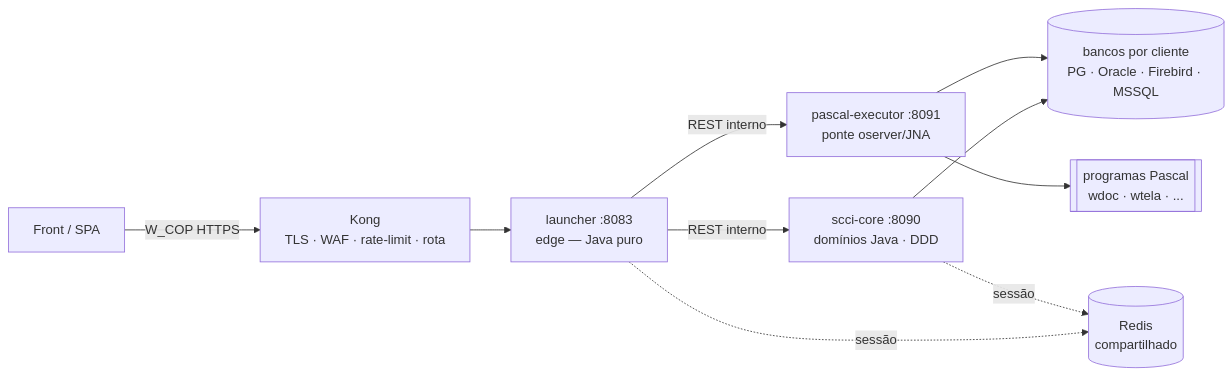
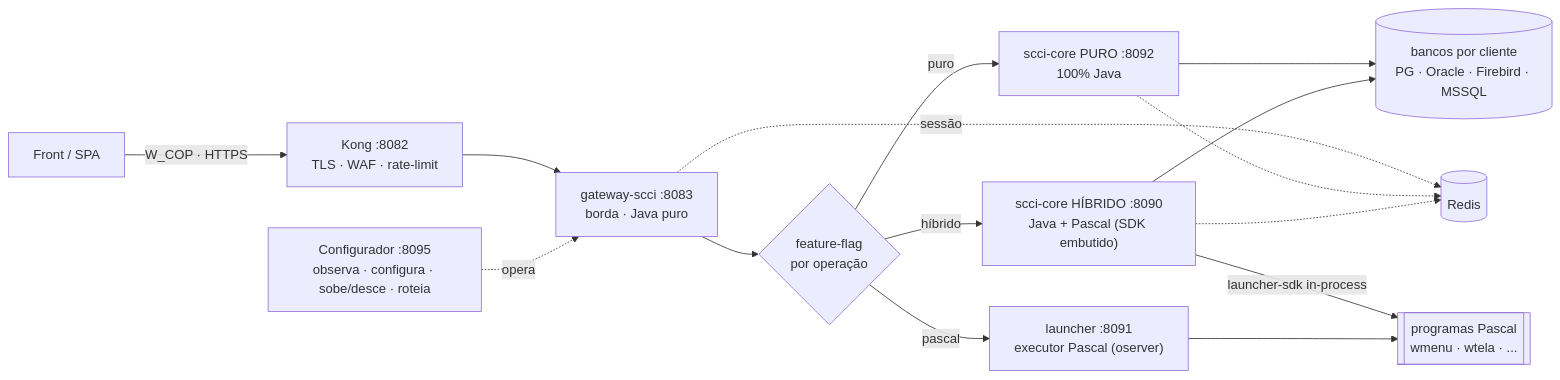
One commit to jdeveloperweb/launcher changed the first of 4 diagrams in README.md. Above: the diagram before and after it, drawn with Mermaid. The commit also changed other lines of this file, not shown here.

Commit message:
refactor: Update README to reflect new architecture and terminology for SCCI platform

````diff
--- a/README.md
+++ b/README.md
@@ -21,12 +20,17 @@
 ```mermaid
 flowchart LR
-  Front["Front / SPA"] -->|W_COP HTTPS| Kong["Kong<br/>TLS · WAF · rate-limit · rota"]
-  Kong --> L["launcher :8083<br/>edge — Java puro"]
-  L -->|REST interno| C["scci-core :8090<br/>domínios Java · DDD"]
-  L -->|REST interno| P["pascal-executor :8091<br/>ponte oserver/JNA"]
-  P --> PAS[["programas Pascal<br/>wdoc · wtela · ..."]]
-  C --> DB[("bancos por cliente<br/>PG · Oracle · Firebird · MSSQL")]
-  P --> DB
-  L -.->|sessão| R[("Redis<br/>compartilhado")]
-  C -.->|sessão| R
+  Front["Front / SPA"] -->|"W_COP · HTTPS"| Kong["Kong :8082<br/>TLS · WAF · rate-limit"]
+  Kong --> G["gateway-scci :8083<br/>borda · Java puro"]
+  G --> FLAG{"feature-flag<br/>por operação"}
+  FLAG -->|puro| PURO["scci-core PURO :8092<br/>100% Java"]
+  FLAG -->|híbrido| HIB["scci-core HÍBRIDO :8090<br/>Java + Pascal (SDK embutido)"]
+  FLAG -->|pascal| LAU["launcher :8091<br/>executor Pascal (oserver)"]
+  HIB -->|"launcher-sdk in-process"| PAS[["programas Pascal<br/>wmenu · wtela · ..."]]
+  LAU --> PAS
+  PURO --> DB[("bancos por cliente<br/>PG · Oracle · Firebird · MSSQL")]
+  HIB --> DB
+  G -.->|sessão| R[("Redis")]
+  PURO -.-> R
+  HIB -.-> R
+  CFG["Configurador :8095<br/>observa · configura · sobe/desce · roteia"] -.->|opera| G
 ```
````
